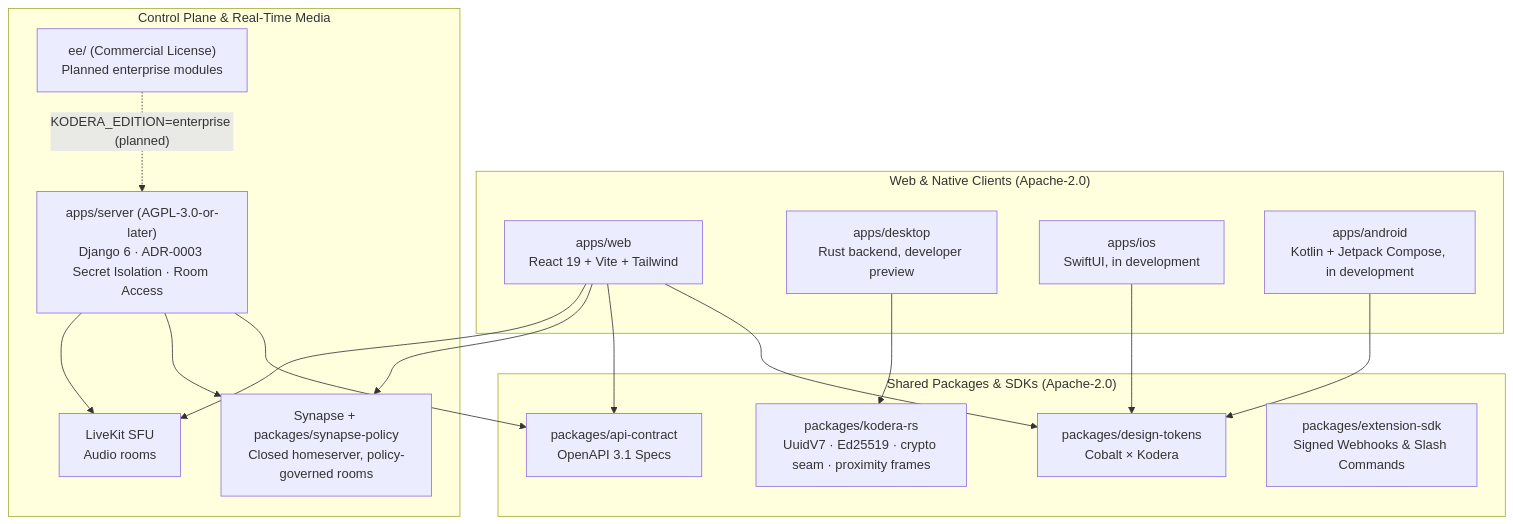
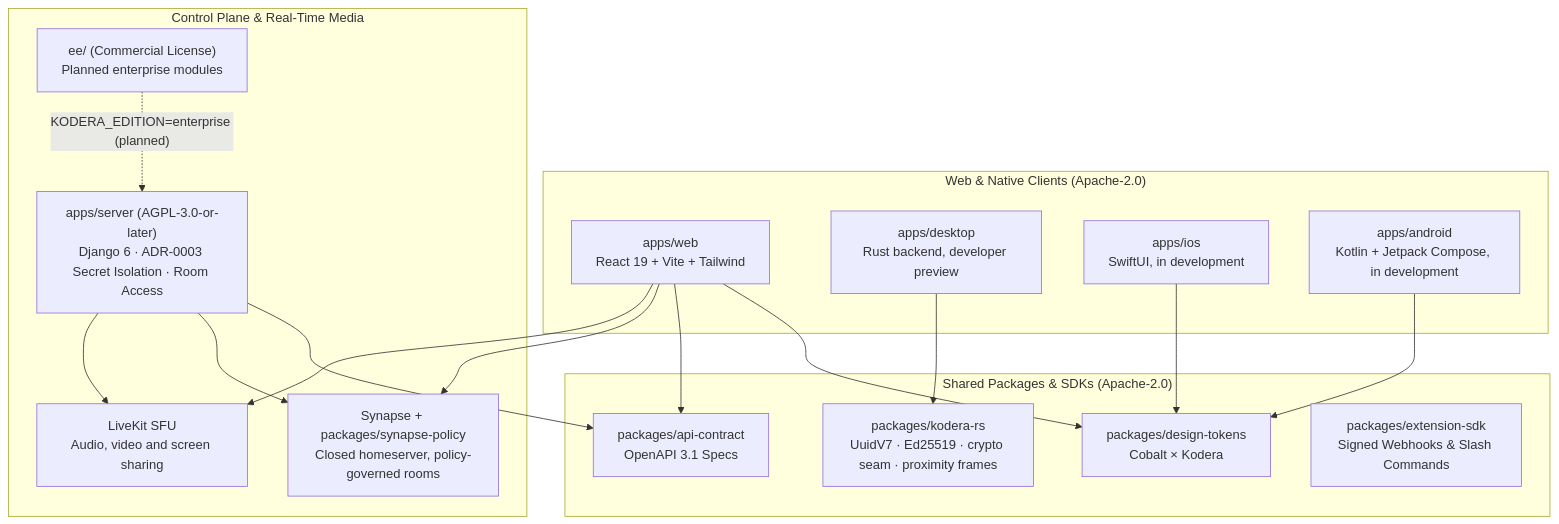
One commit to kodera-hq/kodera changed the diagram in README.md. Above: the diagram before and after it, drawn with Mermaid. The commit also changed other lines of this file and 46 other files, not shown here.

````diff
--- a/README.md
+++ b/README.md
@@ -71,42 +70,42 @@
 ```mermaid
 flowchart TB
   subgraph Clients["Web & Native Clients (Apache-2.0)"]
     WEB["`apps/web
 React 19 + Vite + Tailwind`"]
     DESK["`apps/desktop
 Rust backend, developer preview`"]
     IOS["`apps/ios
 SwiftUI, in development`"]
     AND["`apps/android
 Kotlin + Jetpack Compose, in development`"]
   end
 
   subgraph Shared["Shared Packages & SDKs (Apache-2.0)"]
     RS["`packages/kodera-rs
 UuidV7 · Ed25519 · crypto seam · proximity frames`"]
     TOK["`packages/design-tokens
 Cobalt × Kodera`"]
     API["`packages/api-contract
 OpenAPI 3.1 Specs`"]
     SDK["`packages/extension-sdk
 Signed Webhooks & Slash Commands`"]
   end
 
   subgraph Backend["Control Plane & Real-Time Media"]
     SRV["`apps/server (AGPL-3.0-or-later)
 Django 6 · ADR-0003 Secret Isolation · Room Access`"]
     SYN["`Synapse + packages/synapse-policy
 Closed homeserver, policy-governed rooms`"]
     LK["`LiveKit SFU
-Audio rooms`"]
+Audio, video and screen sharing`"]
     EE["`ee/ (Commercial License)
 Planned enterprise modules`"]
   end
 
   WEB --> TOK & API
   WEB --> SYN & LK
   DESK --> RS
   IOS & AND --> TOK
   SRV --> API & SYN & LK
   EE -. "KODERA_EDITION=enterprise (planned)" .-> SRV
 ```
````
